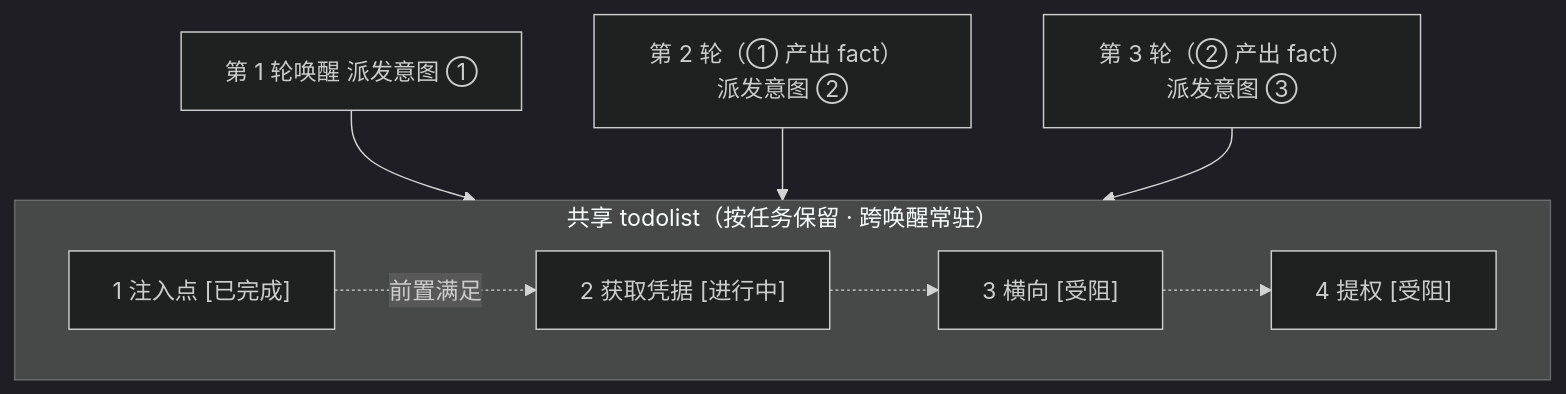
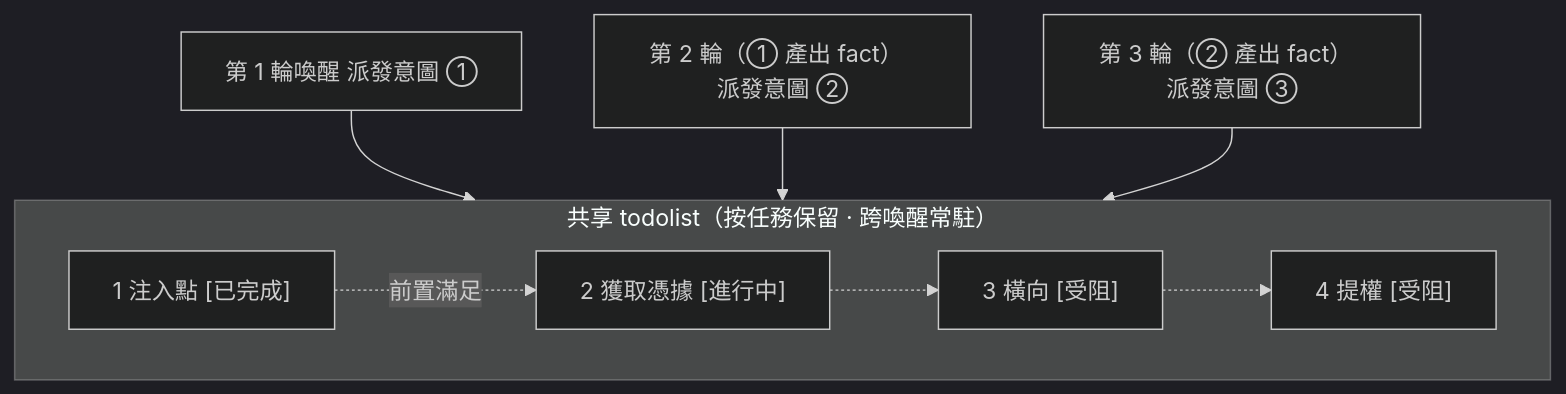
One commit to sebastian93921/ARTIFEX changed the fifth of 5 diagrams in README_zh.md. Above: the diagram before and after it, drawn with Mermaid (dark theme). The commit also changed other lines of this file and 1 other file, not shown here.

````diff
--- a/README_zh.md
+++ b/README_zh.md
@@ -440,14 +440,14 @@
 ```mermaid
 flowchart TB
-  subgraph TODO["共享 todolist（按任务保留 · 跨唤醒常驻）"]
+  subgraph TODO["共享 todolist（按任務保留 · 跨喚醒常駐）"]
     direction LR
-    T1["1 注入点  [已完成]"]
-    T2["2 获取凭据  [进行中]"]
-    T3["3 横向  [受阻]"]
-    T4["4 提权  [受阻]"]
-    T1 -.前置满足.-> T2 -.-> T3 -.-> T4
+    T1["1 注入點  [已完成]"]
+    T2["2 獲取憑據  [進行中]"]
+    T3["3 橫向  [受阻]"]
+    T4["4 提權  [受阻]"]
+    T1 -.前置滿足.-> T2 -.-> T3 -.-> T4
   end
-  R1["第 1 轮唤醒  派发意图 ①"] --> T1
-  R2["第 2 轮（① 产出 fact）  派发意图 ②"] --> T2
-  R3["第 3 轮（② 产出 fact）  派发意图 ③"] --> T3
+  R1["第 1 輪喚醒  派發意圖 ①"] --> T1
+  R2["第 2 輪（① 產出 fact）  派發意圖 ②"] --> T2
+  R3["第 3 輪（② 產出 fact）  派發意圖 ③"] --> T3
 ```
````
